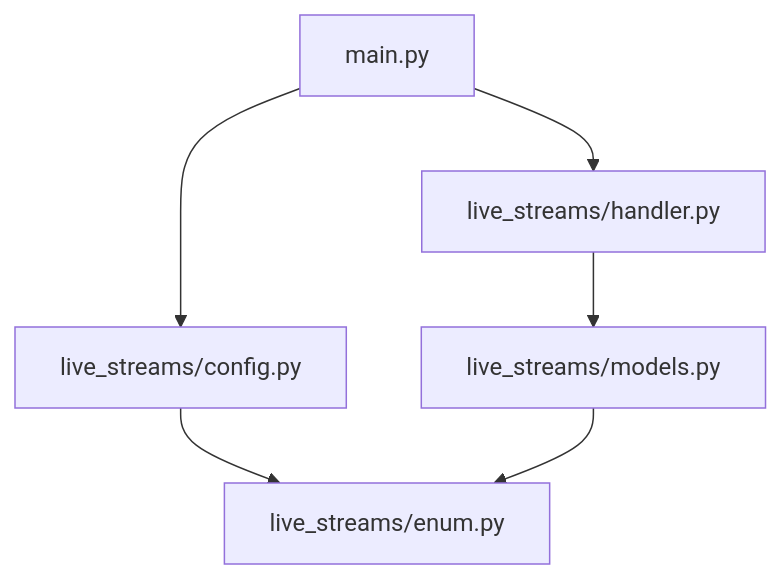
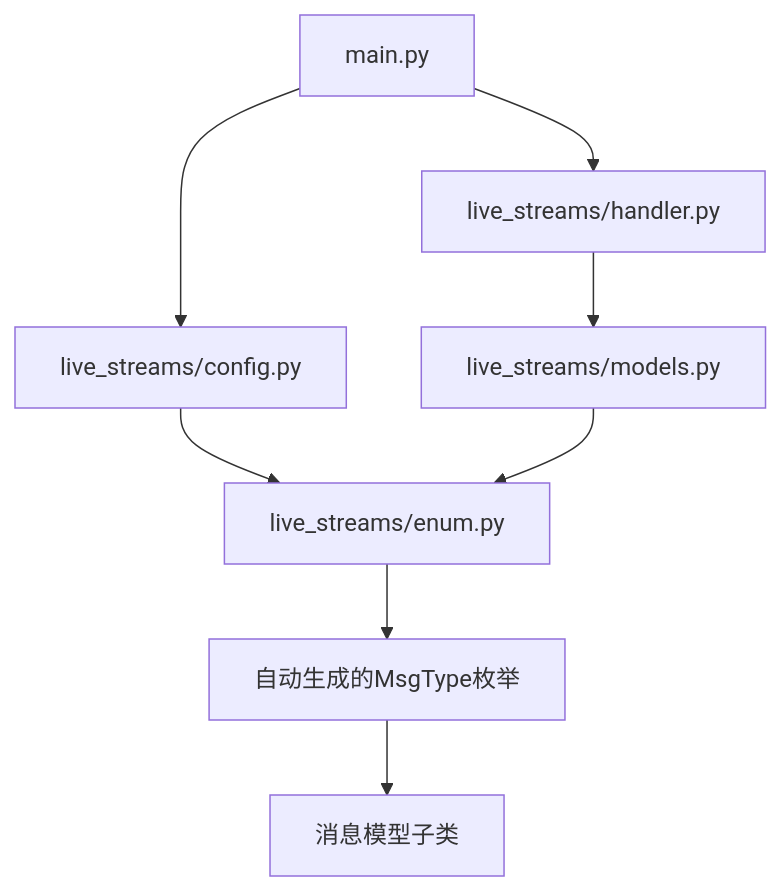
The first of 9 diagrams in .qoder/repowiki/zh/content/API参考/枚举类型.md (laowumdzz/Blive-Bot), drawn with Mermaid before and after one commit. The commit also changed other lines of this file and 12 other files, not shown here.

````diff
--- a/.qoder/repowiki/zh/content/API参考/枚举类型.md
+++ b/.qoder/repowiki/zh/content/API参考/枚举类型.md
@@ -34,8 +43,10 @@
 ```mermaid
 graph TB
 A["main.py"] --> B["live_streams/config.py"]
 B --> C["live_streams/enum.py"]
 A --> D["live_streams/handler.py"]
 D --> E["live_streams/models.py"]
 E --> C
+C --> F["自动生成的MsgType枚举"]
+F --> G["消息模型子类"]
 ```
````
